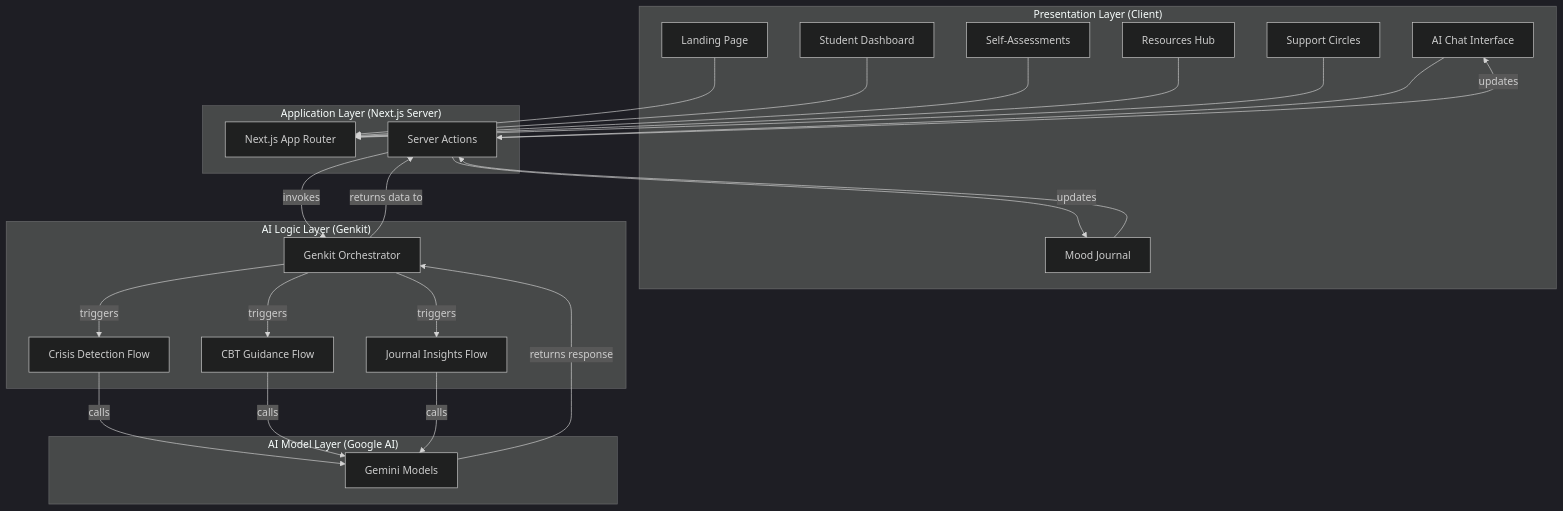
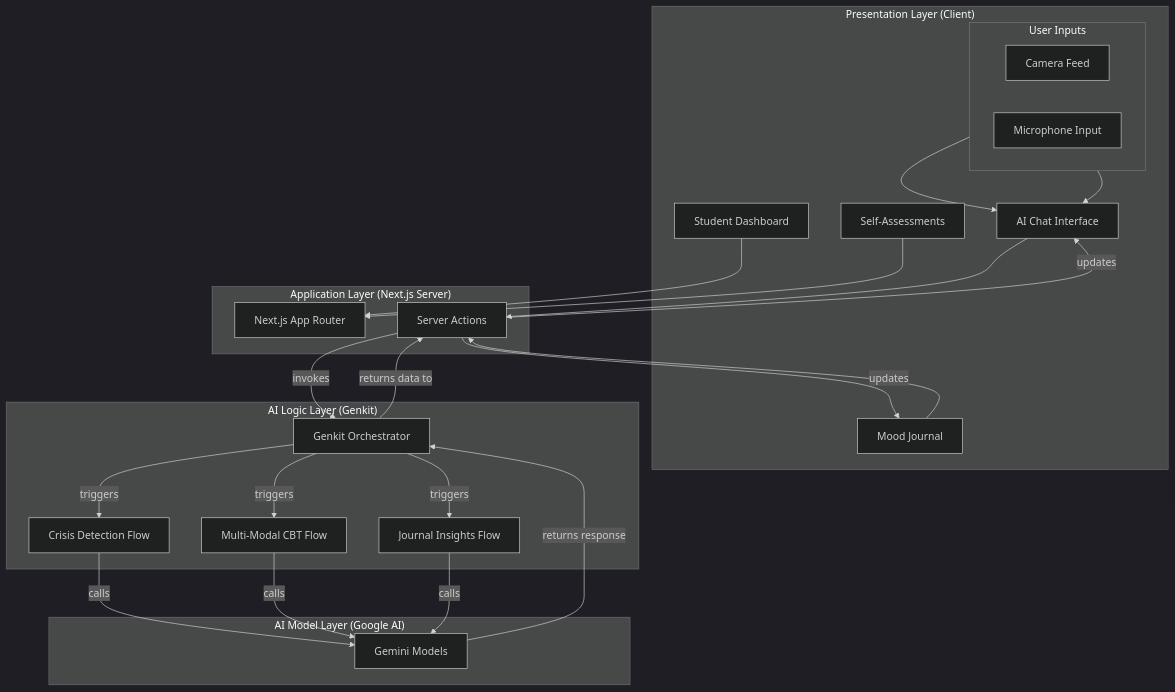
The second of 4 diagrams in README.md (Utpal-Kalita/Saarthi), drawn with Mermaid (dark theme) before and after one commit. The commit also changed other lines of this file and 2 other files, not shown here.

Commit message:
update readme file and landing page accordingly

````diff
--- a/README.md
+++ b/README.md
@@ -87,52 +93,53 @@
 ```mermaid
 graph TD
     subgraph PL["Presentation Layer (Client)"]
-        LandingPage[Landing Page]
+        subgraph "User Inputs"
+            direction LR
+            Cam[Camera Feed]
+            Mic[Microphone Input]
+        end
         Dashboard[Student Dashboard]
         Chat[AI Chat Interface]
         Journal[Mood Journal]
         Assessments[Self-Assessments]
-        Resources[Resources Hub]
-        SupportCircles[Support Circles]
     end
 
     subgraph AL["Application Layer (Next.js Server)"]
         AppRouter[Next.js App Router]
         ServerActions[Server Actions]
     end
 
     subgraph AIL["AI Logic Layer (Genkit)"]
         Genkit[Genkit Orchestrator]
         CrisisFlow[Crisis Detection Flow]
-        CBTFlow[CBT Guidance Flow]
+        CBTFlow[Multi-Modal CBT Flow]
         InsightsFlow[Journal Insights Flow]
     end
 
     subgraph AIML["AI Model Layer (Google AI)"]
         Gemini[Gemini Models]
     end
     
-    LandingPage --> AppRouter
     Dashboard --> AppRouter
     Assessments --> AppRouter
-    Resources --> AppRouter
-    SupportCircles --> AppRouter
     
     Chat --> ServerActions
     Journal --> ServerActions
+    Cam --> Chat
+    Mic --> Chat
     
     ServerActions -- invokes --> Genkit
 
     Genkit -- triggers --> CrisisFlow
     Genkit -- triggers --> CBTFlow
     Genkit -- triggers --> InsightsFlow
 
     CrisisFlow -- calls --> Gemini
     CBTFlow -- calls --> Gemini
     InsightsFlow -- calls --> Gemini
 
     Gemini -- returns response --> Genkit
     Genkit -- returns data to --> ServerActions
     ServerActions -- updates --> Chat
     ServerActions -- updates --> Journal
 ```
````
